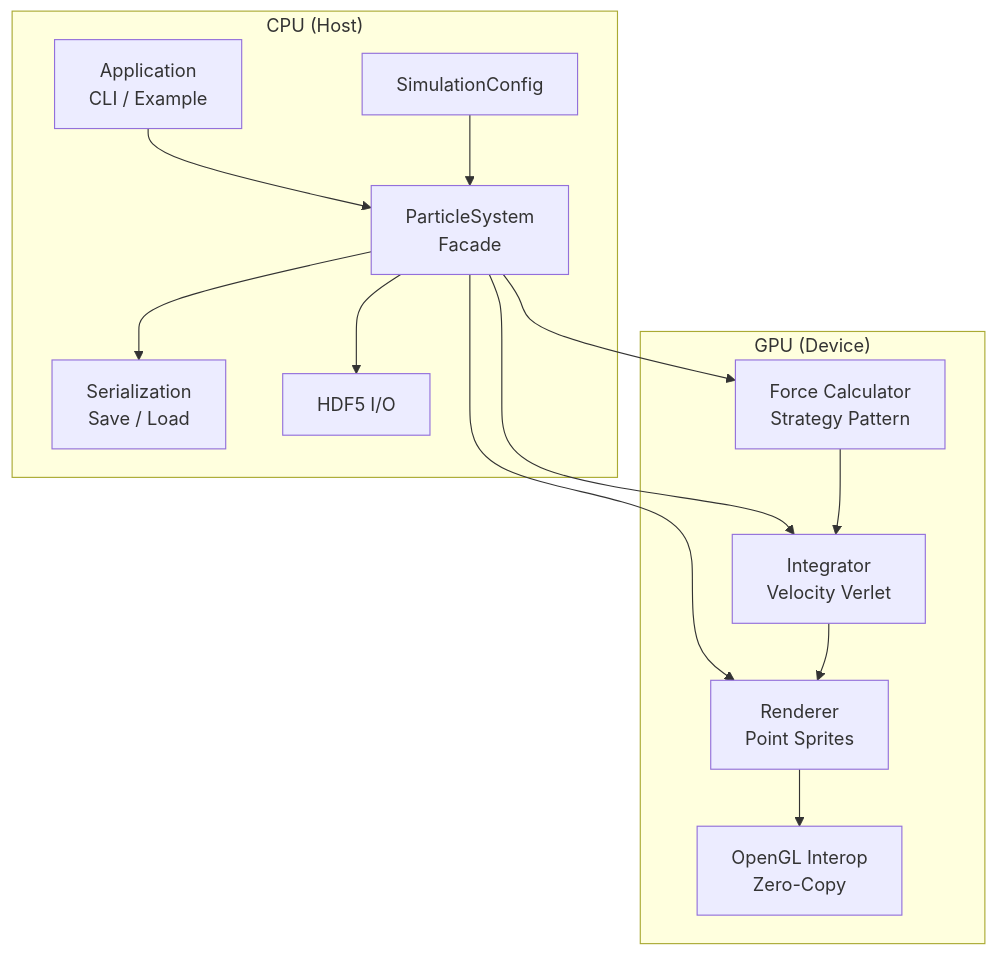
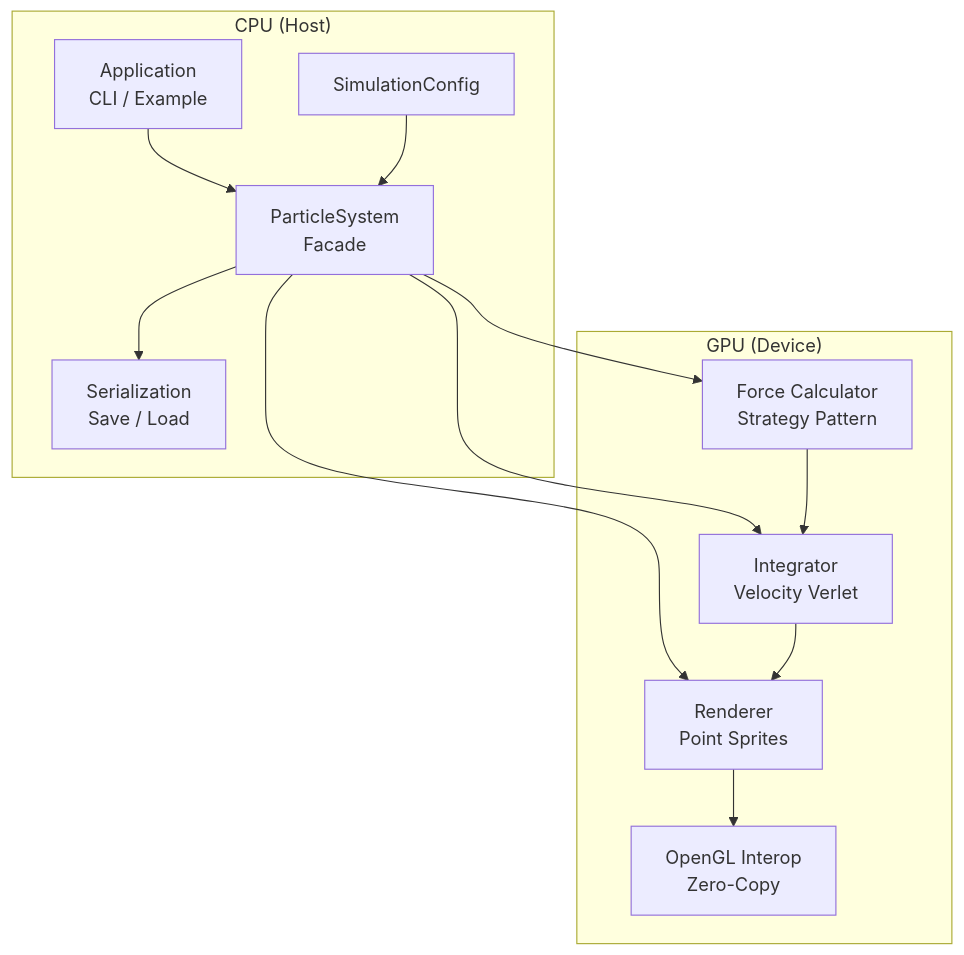
One commit to build-workbench/nbody-gpu-sim changed the first of 6 diagrams in site/en/developer-guide/architecture.md. Above: the diagram before and after it, drawn with Mermaid. The commit also changed other lines of this file and 85 other files, not shown here.

````diff
--- a/site/en/developer-guide/architecture.md
+++ b/site/en/developer-guide/architecture.md
@@ -7,28 +7,26 @@
 ```mermaid
 graph TB
     subgraph CPU["CPU (Host)"]
         App[Application<br/>CLI / Example]
         PS[ParticleSystem<br/>Facade]
         Config[SimulationConfig]
         Ser[Serialization<br/>Save / Load]
-        HDF5[HDF5 I/O]
     end
     
     subgraph GPU["GPU (Device)"]
         FK[Force Calculator<br/>Strategy Pattern]
         INT[Integrator<br/>Velocity Verlet]
         REN[Renderer<br/>Point Sprites]
         GL[OpenGL Interop<br/>Zero-Copy]
     end
     
     App --> PS
     Config --> PS
     PS --> FK
     PS --> INT
     PS --> REN
     FK --> INT
     INT --> REN
     REN --> GL
     PS --> Ser
-    PS --> HDF5
 ```
````
